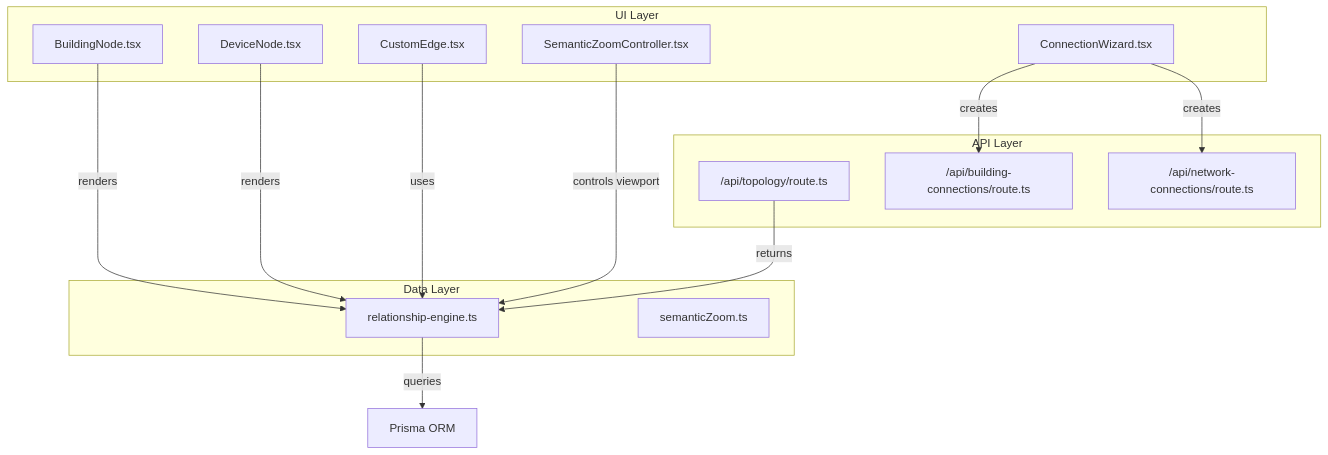
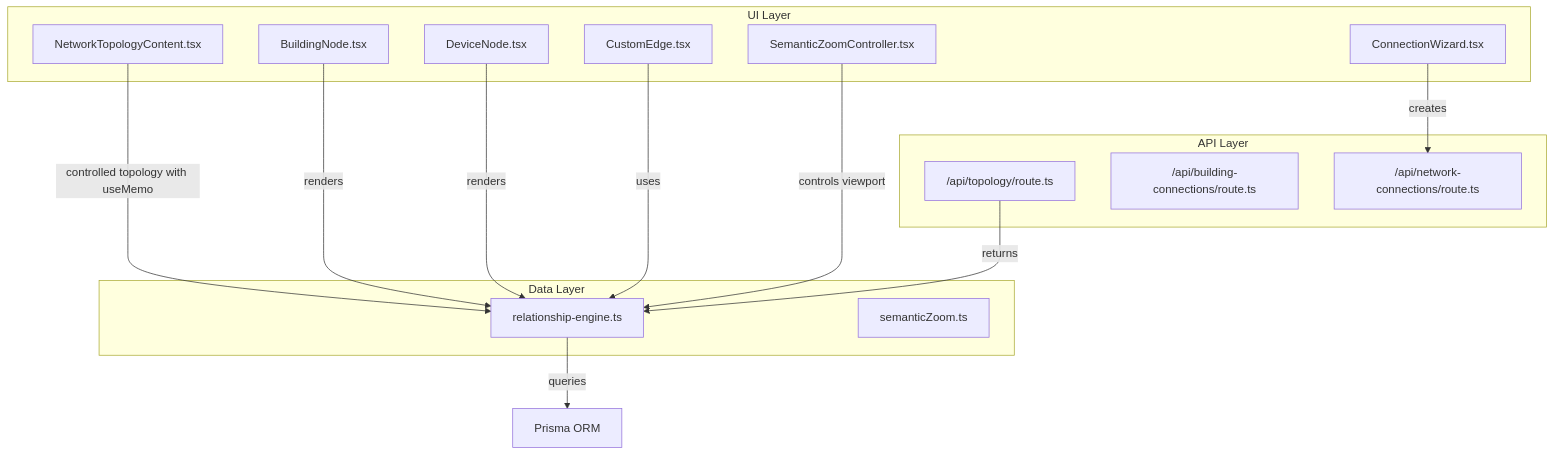
One commit to celebigilfatih/infrascope changed the first of 11 diagrams in .qoder/repowiki/en/content/Frontend Application/Topology and Network Visualization.md. Above: the diagram before and after it, drawn with Mermaid. The commit also changed other lines of this file and 13 other files, not shown here.

````diff
--- a/.qoder/repowiki/en/content/Frontend Application/Topology and Network Visualization.md
+++ b/.qoder/repowiki/en/content/Frontend Application/Topology and Network Visualization.md
@@ -40,27 +51,28 @@
 ```mermaid
 graph TB
 subgraph "UI Layer"
 BN["BuildingNode.tsx"]
 DN["DeviceNode.tsx"]
 CE["CustomEdge.tsx"]
 CZ["SemanticZoomController.tsx"]
 CW["ConnectionWizard.tsx"]
+NTC["NetworkTopologyContent.tsx"]
 end
 subgraph "Data Layer"
 RE["relationship-engine.ts"]
 SZ["semanticZoom.ts"]
 end
 subgraph "API Layer"
 AT["/api/topology/route.ts"]
 ABC["/api/building-connections/route.ts"]
 ANC["/api/network-connections/route.ts"]
 end
+NTC --> |"controlled topology with useMemo"| RE
 BN --> |"renders"| RE
 DN --> |"renders"| RE
 CE --> |"uses"| RE
 CZ --> |"controls viewport"| RE
 CW --> |"creates"| ANC
-CW --> |"creates"| ABC
 AT --> |"returns"| RE
 RE --> |"queries"| PRISMA["Prisma ORM"]
 ```
````
